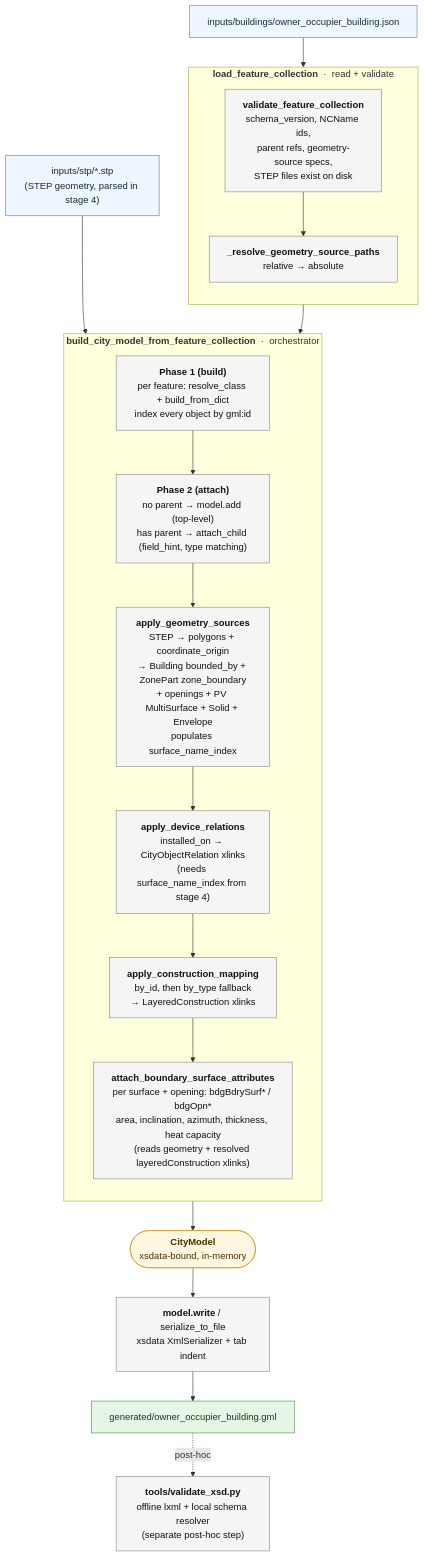
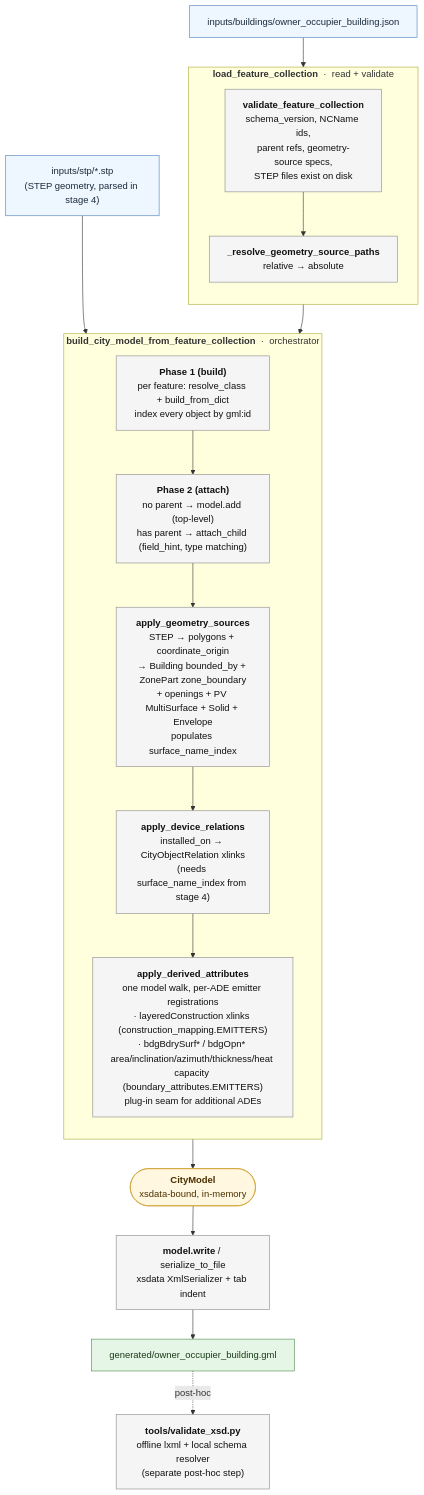
One commit to DaanSchlosser/CityGML2.0-EnergyADE3.0_creator changed the diagram in README.md. Above: the diagram before and after it, drawn with Mermaid. The commit also changed other lines of this file and 24 other files, not shown here.

````diff
--- a/README.md
+++ b/README.md
@@ -210,40 +210,39 @@
 ```mermaid
 flowchart TD
     J["inputs/buildings/owner_occupier_building.json"]:::input
     S["inputs/stp/*.stp<br/>(STEP geometry, parsed in stage 4)"]:::input
 
     subgraph Load["<b>load_feature_collection</b> &nbsp;·&nbsp; read + validate"]
         direction TB
         V1["<b>validate_feature_collection</b><br/>schema_version, NCName ids,<br/>parent refs, geometry-source specs,<br/>STEP files exist on disk"]:::stage
         V2["<b>_resolve_geometry_source_paths</b><br/>relative → absolute"]:::stage
         V1 --> V2
     end
 
     subgraph Build["<b>build_city_model_from_feature_collection</b> &nbsp;·&nbsp; orchestrator"]
         direction TB
         P1["<b>Phase 1 (build)</b><br/>per feature: resolve_class + build_from_dict<br/>index every object by gml:id"]:::stage
         P2["<b>Phase 2 (attach)</b><br/>no parent → model.add (top-level)<br/>has parent → attach_child (field_hint, type matching)"]:::stage
         G["<b>apply_geometry_sources</b><br/>STEP → polygons + coordinate_origin<br/>→ Building bounded_by + ZonePart zone_boundary<br/>+ openings + PV MultiSurface + Solid + Envelope<br/>populates surface_name_index"]:::stage
         D["<b>apply_device_relations</b><br/>installed_on → CityObjectRelation xlinks<br/>(needs surface_name_index from stage 4)"]:::stage
-        C["<b>apply_construction_mapping</b><br/>by_id, then by_type fallback<br/>→ LayeredConstruction xlinks"]:::stage
-        B["<b>attach_boundary_surface_attributes</b><br/>per surface + opening: bdgBdrySurf* / bdgOpn*<br/>area, inclination, azimuth, thickness, heat capacity<br/>(reads geometry + resolved layeredConstruction xlinks)"]:::stage
-        P1 --> P2 --> G --> D --> C --> B
+        B["<b>apply_derived_attributes</b><br/>one model walk, per-ADE emitter registrations<br/>· layeredConstruction xlinks (construction_mapping.EMITTERS)<br/>· bdgBdrySurf* / bdgOpn* area/inclination/azimuth/thickness/heat capacity (boundary_attributes.EMITTERS)<br/>plug-in seam for additional ADEs"]:::stage
+        P1 --> P2 --> G --> D --> B
     end
 
     CM(["<b>CityModel</b><br/>xsdata-bound, in-memory"]):::model
     W["<b>model.write</b> / serialize_to_file<br/>xsdata XmlSerializer + tab indent"]:::stage
     OUT["generated/owner_occupier_building.gml"]:::output
     VAL["<b>tools/validate_xsd.py</b><br/>offline lxml + local schema resolver<br/>(separate post-hoc step)"]:::stage
 
     J --> V1
     V2 --> P1
     S --> G
     B --> CM
     CM --> W --> OUT
     OUT -.->|post-hoc| VAL
 
     classDef input fill:#eef6ff,stroke:#4a7fb8,color:#1a2a3a;
     classDef stage fill:#f5f5f5,stroke:#888,color:#111;
     classDef model fill:#fff7e0,stroke:#d0a030,color:#4a3000;
     classDef output fill:#e6f6e6,stroke:#4a8a4a,color:#1a3a1a;
 ```
````
